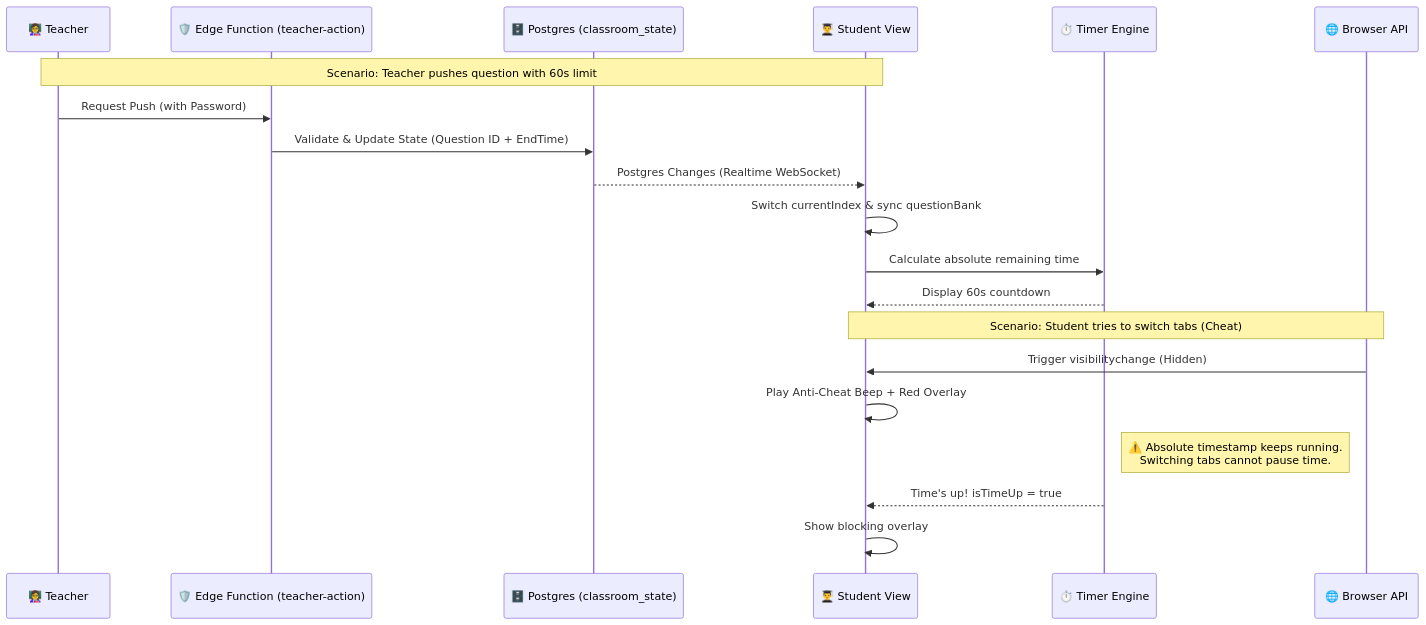
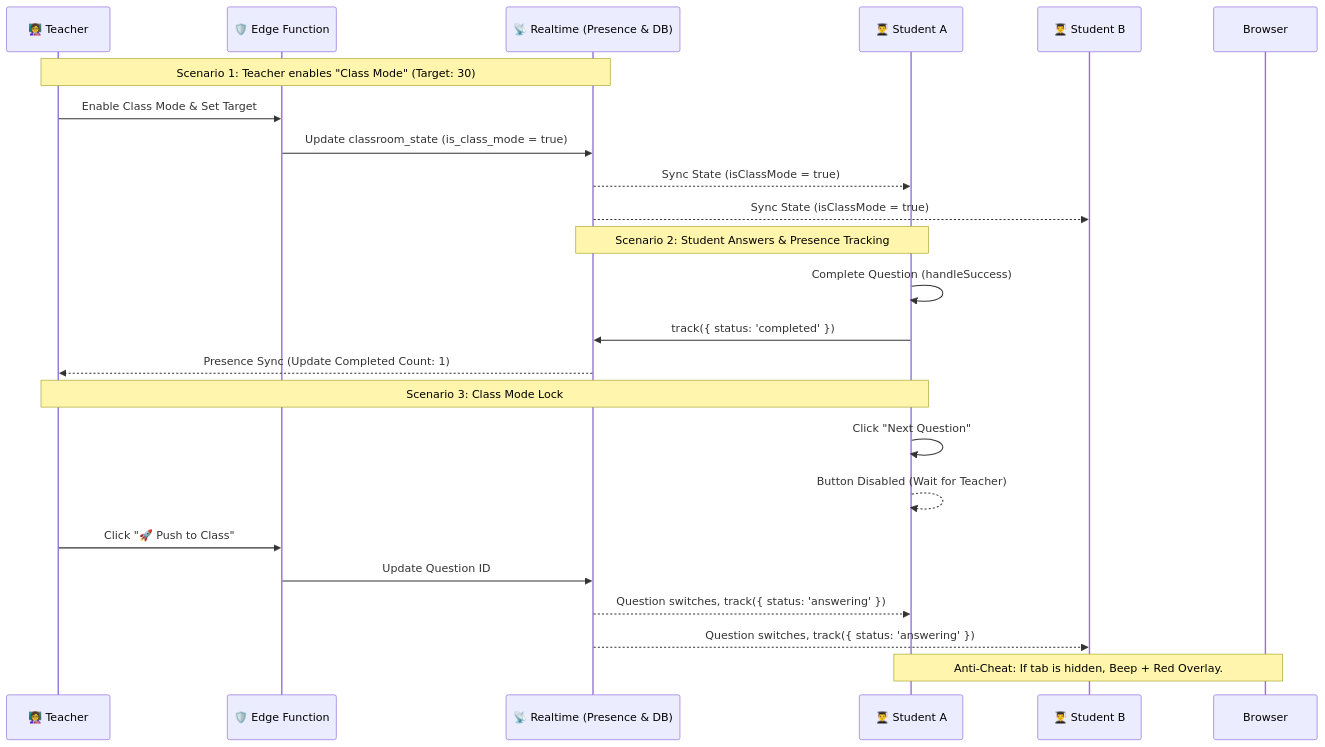
One commit to ylin3-learner/anime-character-hunter-lite changed the third of 3 diagrams in README.md. Above: the diagram before and after it, drawn with Mermaid. The commit also changed other lines of this file and 1 other file, not shown here.

First line of the commit message:
docs(readme): document presence tracking and class mode lock features

````diff
--- a/README.md
+++ b/README.md
@@ -129,27 +145,33 @@
 ```mermaid
 sequenceDiagram
     participant T as 👩‍🏫 Teacher
-    participant EF as 🛡️ Edge Function (teacher-action)
-    participant DB as 🗄️ Postgres (classroom_state)
-    participant S as 👨‍🎓 Student View
-    participant Timer as ⏱️ Timer Engine
-    participant Browser as 🌐 Browser API
+    participant EF as 🛡️ Edge Function
+    participant RT as 📡 Realtime (Presence & DB)
+    participant S as 👨‍🎓 Student A
+    participant S2 as 👨‍🎓 Student B
 
-    Note over T,S: Scenario: Teacher pushes question with 60s limit
+    Note over T,RT: Scenario 1: Teacher enables "Class Mode" (Target: 30)
     
-    T->>EF: Request Push (with Password)
-    EF->>DB: Validate & Update State (Question ID + EndTime)
-    DB-->>S: Postgres Changes (Realtime WebSocket)
-    S->>S: Switch currentIndex & sync questionBank
-    S->>Timer: Calculate absolute remaining time
-    Timer-->>S: Display 60s countdown
+    T->>EF: Enable Class Mode & Set Target
+    EF->>RT: Update classroom_state (is_class_mode = true)
+    RT-->>S: Sync State (isClassMode = true)
+    RT-->>S2: Sync State (isClassMode = true)
 
-    Note over S,Browser: Scenario: Student tries to switch tabs (Cheat)
+    Note over S,RT: Scenario 2: Student Answers & Presence Tracking
     
-    Browser->>S: Trigger visibilitychange (Hidden)
-    S->>S: Play Anti-Cheat Beep + Red Overlay
-    Note right of Timer: ⚠️ Absolute timestamp keeps running.<br>Switching tabs cannot pause time.
+    S->>S: Complete Question (handleSuccess)
+    S->>RT: track({ status: 'completed' })
+    RT-->>T: Presence Sync (Update Completed Count: 1)
     
-    Timer-->>S: Time's up! isTimeUp = true
-    S->>S: Show blocking overlay
+    Note over S,T: Scenario 3: Class Mode Lock
+    
+    S->>S: Click "Next Question"
+    S-->>S: Button Disabled (Wait for Teacher)
+    
+    T->>EF: Click "🚀 Push to Class"
+    EF->>RT: Update Question ID
+    RT-->>S: Question switches, track({ status: 'answering' })
+    RT-->>S2: Question switches, track({ status: 'answering' })
+    
+    Note over S, Browser: Anti-Cheat: If tab is hidden, Beep + Red Overlay.
 ```
````
